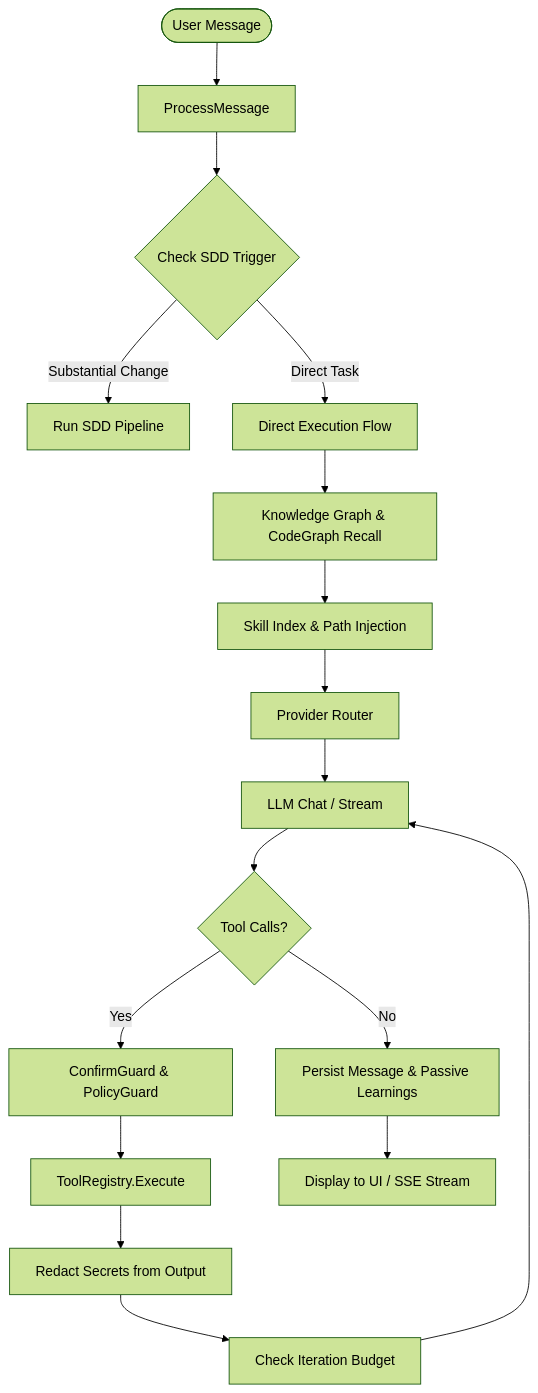
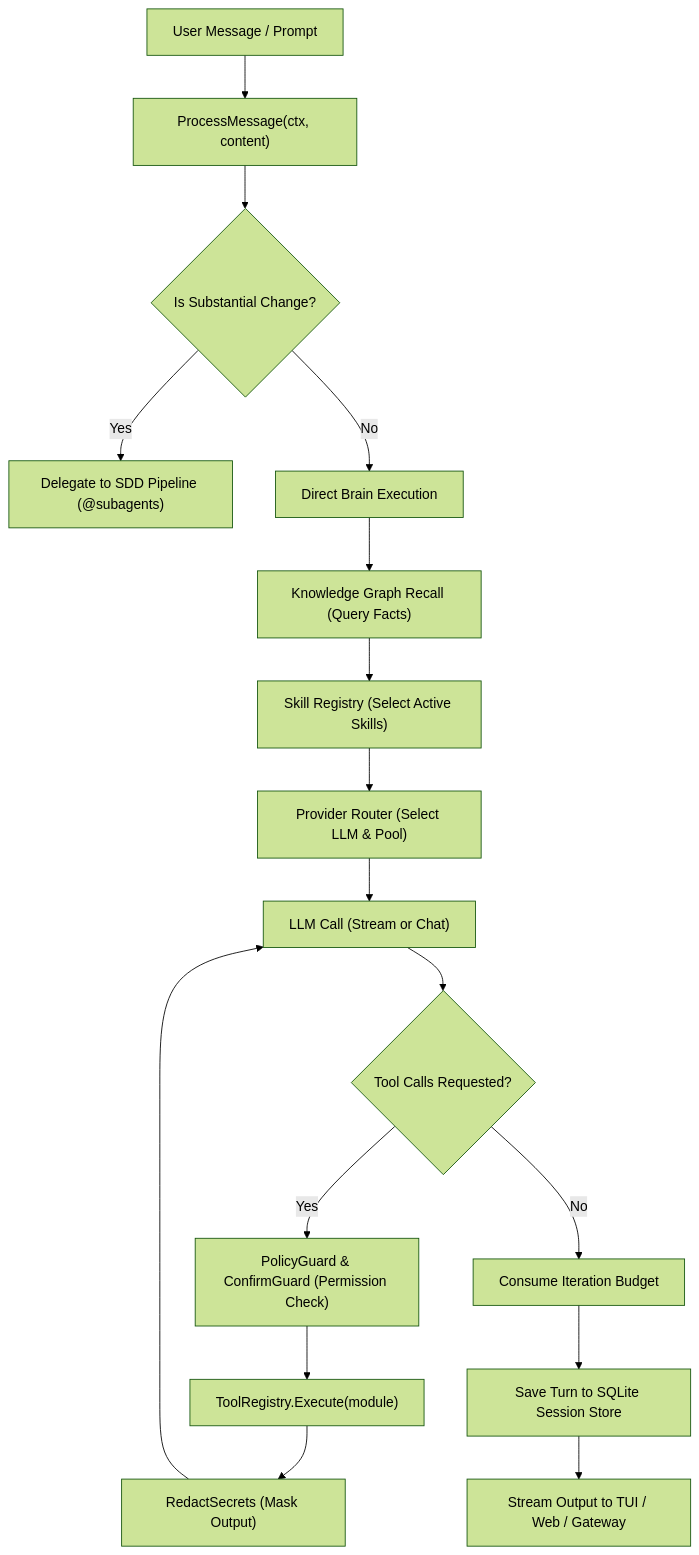
Before and after one commit to SalvucciFacundo/gaia: the first of 5 diagrams in docs/architecture.md, drawn with Mermaid (forest theme). The commit also changed other lines of this file and 5 other files, not shown here.

Commit message:
docs: add website & docs portal badges, live callout, and Mermaid diagrams

````diff
--- a/docs/architecture.md
+++ b/docs/architecture.md
@@ -126,20 +43,23 @@
 ```mermaid
 flowchart TD
-    UserMsg([User Message]) --> Process[ProcessMessage]
-    Process --> CheckSDD{Check SDD Trigger}
-    CheckSDD -->|Substantial Change| SDDPipeline[Run SDD Pipeline]
-    CheckSDD -->|Direct Task| DirectFlow[Direct Execution Flow]
+    IN["User Message / Prompt"] --> PROC["ProcessMessage(ctx, content)"]
     
-    DirectFlow --> Recall[Knowledge Graph & CodeGraph Recall]
-    Recall --> Skills[Skill Index & Path Injection]
-    Skills --> Route[Provider Router]
-    Route --> LLMCall[LLM Chat / Stream]
-    LLMCall --> HasTools{Tool Calls?}
-    HasTools -->|Yes| Guard[ConfirmGuard & PolicyGuard]
-    Guard --> Exec[ToolRegistry.Execute]
-    Exec --> Redact[Redact Secrets from Output]
-    Redact --> Loop[Check Iteration Budget]
-    Loop --> LLMCall
-    HasTools -->|No| Persist[Persist Message & Passive Learnings]
-    Persist --> UI[Display to UI / SSE Stream]
+    PROC --> SDD{"Is Substantial Change?"}
+    SDD -- "Yes" --> SDD_RUN["Delegate to SDD Pipeline (@subagents)"]
+    SDD -- "No" --> DIRECT["Direct Brain Execution"]
+    
+    DIRECT --> KG["Knowledge Graph Recall (Query Facts)"]
+    KG --> SKILL["Skill Registry (Select Active Skills)"]
+    SKILL --> ROUTE["Provider Router (Select LLM & Pool)"]
+    ROUTE --> LLM["LLM Call (Stream or Chat)"]
+    
+    LLM --> TOOLS{"Tool Calls Requested?"}
+    TOOLS -- "Yes" --> GUARD["PolicyGuard & ConfirmGuard (Permission Check)"]
+    GUARD --> EXEC["ToolRegistry.Execute(module)"]
+    EXEC --> REDACT["RedactSecrets (Mask Output)"]
+    REDACT --> LLM
+    
+    TOOLS -- "No" --> BUD["Consume Iteration Budget"]
+    BUD --> SAVE["Save Turn to SQLite Session Store"]
+    SAVE --> OUT["Stream Output to TUI / Web / Gateway"]
 ```
````
